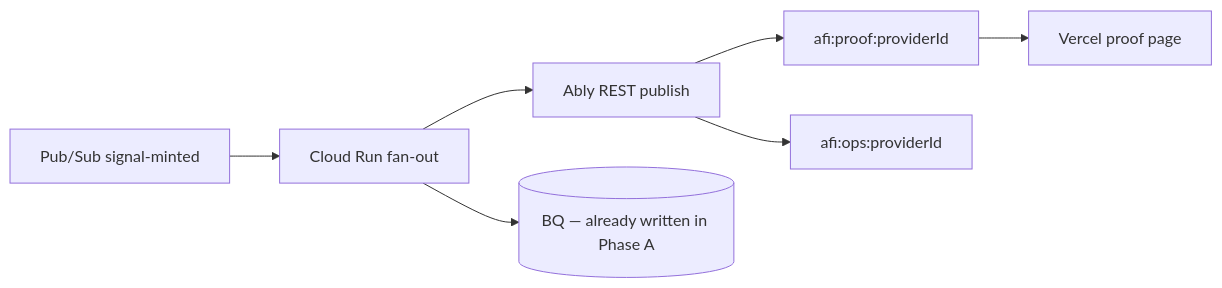
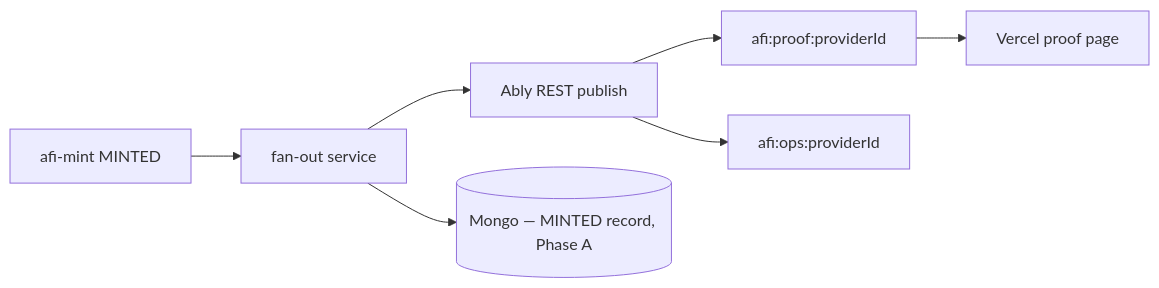
The diagram in specs/audit/AFI_TESTNET_E2E_CHECKLIST.md (AFI-Protocol/afi-docs), drawn with Mermaid before and after one commit. The commit also changed other lines of this file and 57 other files, not shown here.

````diff
--- a/specs/audit/AFI_TESTNET_E2E_CHECKLIST.md
+++ b/specs/audit/AFI_TESTNET_E2E_CHECKLIST.md
@@ -318,9 +305,9 @@
 ```mermaid
 flowchart LR
-  PS[Pub/Sub signal-minted] --> FAN[Cloud Run fan-out]
+  MINT[afi-mint MINTED] --> FAN[fan-out service]
   FAN --> ABLY[Ably REST publish]
-  FAN --> BQ[(BQ — already written in Phase A)]
+  FAN --> MONGO[(Mongo — MINTED record, Phase A)]
   ABLY --> PROOF[afi:proof:providerId]
   ABLY --> OPS[afi:ops:providerId]
   PROOF --> UI[Vercel proof page]
 ```
````
